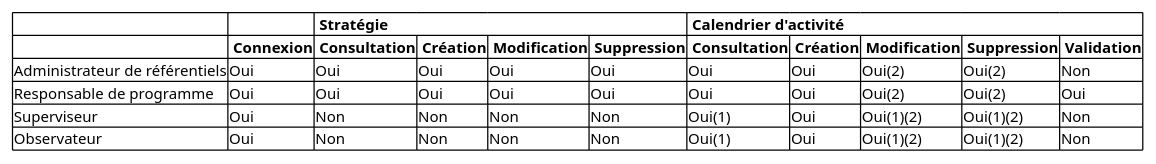
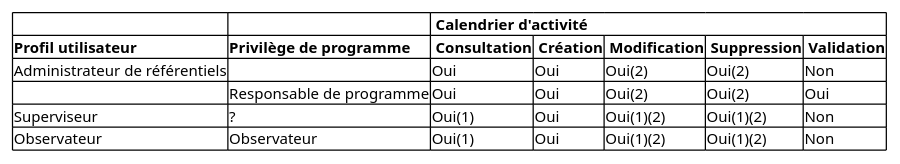
Before and after one commit to sumaris-net/sumaris-doc: the diagram in projects/activity-calendar/spe/images/activity-calendar-users-rights.puml, drawn with PlantUML.

Commit message:
MAJ user rights

```diff
--- a/projects/activity-calendar/spe/images/activity-calendar-users-rights.puml
+++ b/projects/activity-calendar/spe/images/activity-calendar-users-rights.puml
@@ -1,12 +1,12 @@
 @startsalt
 {
 	{#
-     . | . | <b> Stratégie | * | * | * | <b> Calendrier d'activité | * | * | * | *
-     . | <b> Connexion | <b> Consultation | <b> Création |<b> Modification | <b> Suppression | <b> Consultation | <b> Création | <b> Modification | <b> Suppression | <b> Validation
-     Administrateur de référentiels | Oui | Oui | Oui | Oui | Oui | Oui | Oui | Oui(2) | Oui(2) | Non
-     Responsable de programme | Oui | Oui | Oui | Oui | Oui | Oui | Oui | Oui(2) | Oui(2) | Oui
-     Superviseur | Oui | Non | Non | Non | Non | Oui(1) | Oui | Oui(1)(2) | Oui(1)(2) | Non
-     Observateur | Oui | Non | Non | Non | Non | Oui(1) | Oui | Oui(1)(2) | Oui(1)(2) | Non
+     . | . | <b> Calendrier d'activité | * | * | * | *
+     <b>Profil utilisateur | <b>Privilège de programme | <b> Consultation | <b> Création | <b> Modification | <b> Suppression | <b> Validation
+     Administrateur de référentiels | . | Oui | Oui | Oui(2) | Oui(2) | Non
+     . | Responsable de programme | Oui | Oui | Oui(2) | Oui(2) | Oui
+     Superviseur | ? | Oui(1) | Oui | Oui(1)(2) | Oui(1)(2) | Non
+     Observateur | Observateur  | Oui(1) | Oui | Oui(1)(2) | Oui(1)(2) | Non
     }
 }
 @endsalt
```
